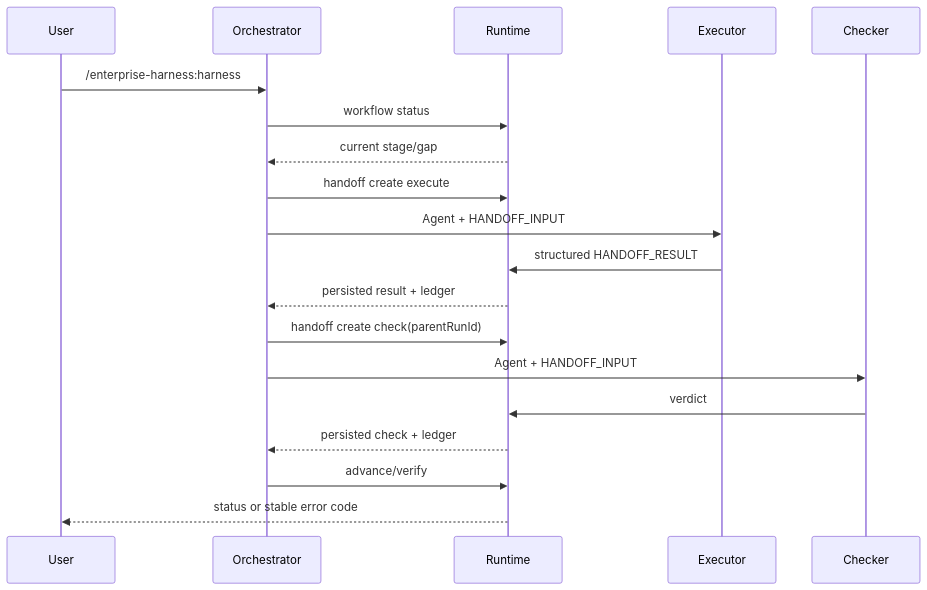
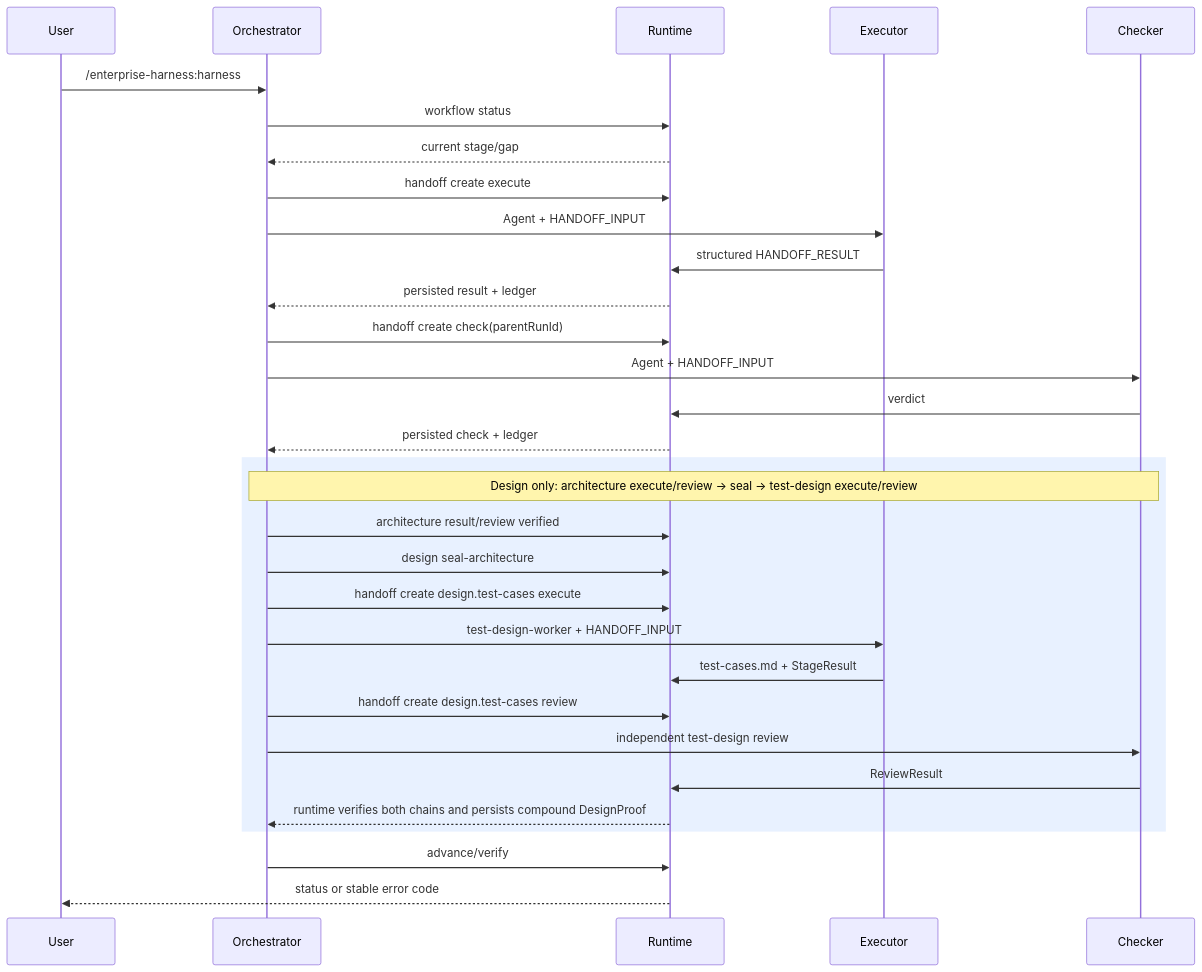
The diagram in docs/maintainer/runtime-sequence.md (Emtemf/enterprise-harness), drawn with Mermaid before and after one commit. The commit also changed other lines of this file and 20 other files, not shown here.

````diff
--- a/docs/maintainer/runtime-sequence.md
+++ b/docs/maintainer/runtime-sequence.md
@@ -3,21 +3,33 @@
 ```mermaid
 sequenceDiagram
   participant U as User
   participant O as Orchestrator
   participant R as Runtime
   participant E as Executor
   participant C as Checker
   U->>O: /enterprise-harness:harness
   O->>R: workflow status
   R-->>O: current stage/gap
   O->>R: handoff create execute
   O->>E: Agent + HANDOFF_INPUT
   E->>R: structured HANDOFF_RESULT
   R-->>O: persisted result + ledger
   O->>R: handoff create check(parentRunId)
   O->>C: Agent + HANDOFF_INPUT
   C->>R: verdict
   R-->>O: persisted check + ledger
+  rect rgb(232, 241, 255)
+    Note over O,C: Design only: architecture execute/review → seal → test-design execute/review
+    O->>R: architecture result/review verified
+    O->>R: design seal-architecture
+    O->>R: handoff create design.test-cases execute
+    O->>E: test-design-worker + HANDOFF_INPUT
+    E->>R: test-cases.md + StageResult
+    O->>R: handoff create design.test-cases review
+    O->>C: independent test-design review
+    C->>R: ReviewResult
+    R-->>O: runtime verifies both chains and persists compound DesignProof
+  end
   O->>R: advance/verify
   R-->>U: status or stable error code
 ```
````
